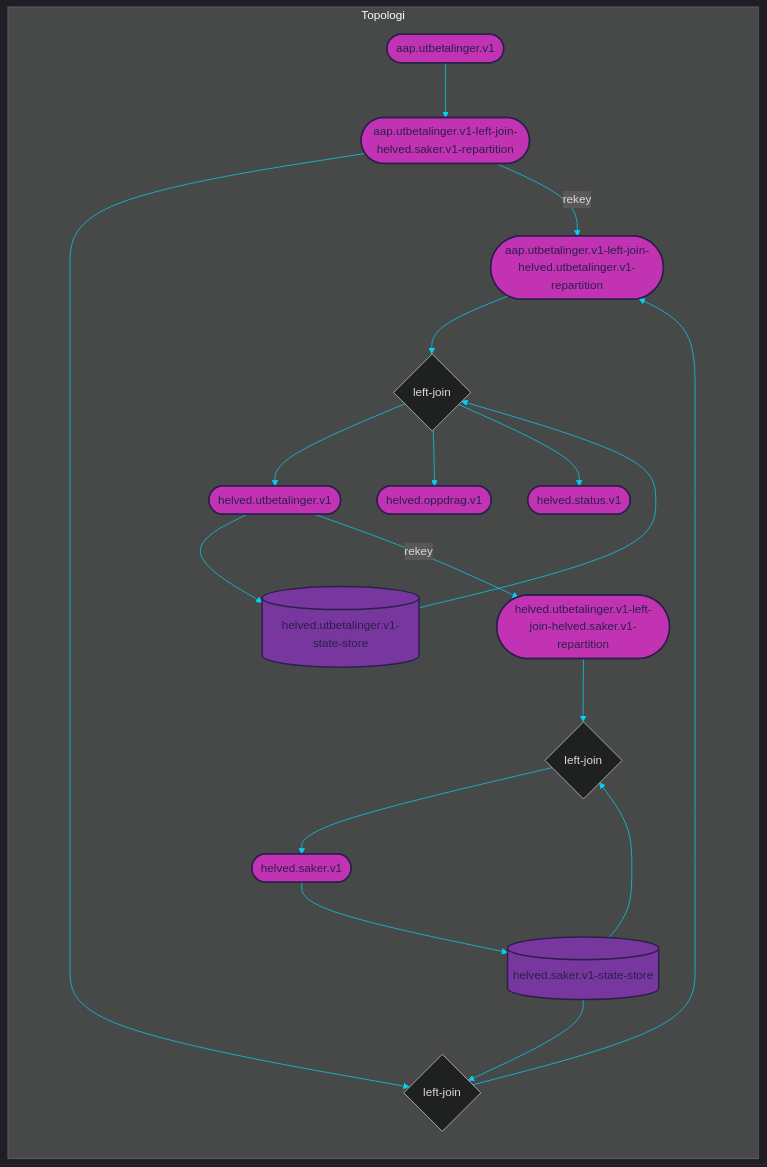
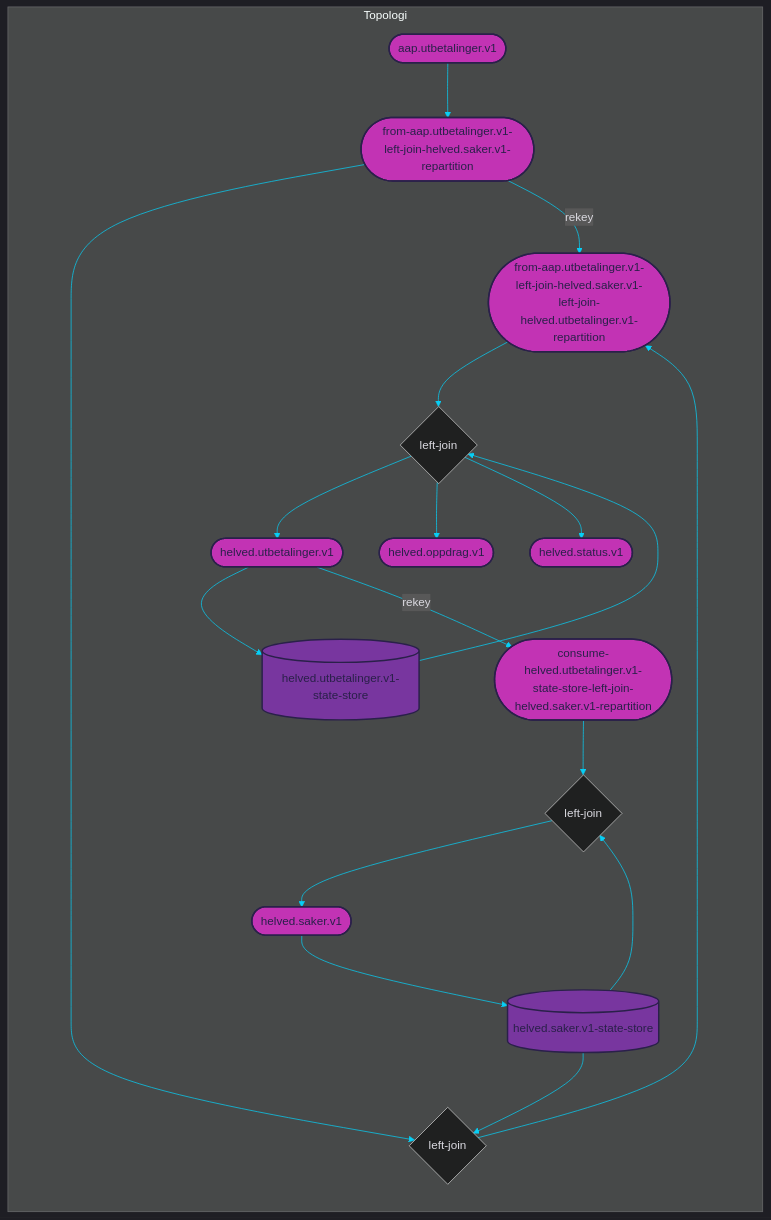
One commit to navikt/helved-utbetaling changed the diagram in dokumentasjon/topology.mmd. Above: the diagram before and after it, drawn with Mermaid. The commit also changed 6 other files, not shown here.

```diff
--- a/dokumentasjon/topology.mmd
+++ b/dokumentasjon/topology.mmd
@@ -1,87 +1,87 @@
 
 %%{init: {'theme': 'dark', 'themeVariables': { 'primaryColor': '#07cff6', 'textColor': '#dad9e0', 'lineColor': '#07cff6'}}}%%
 
 graph LR
 
 subgraph Topologi
     %% TOPICS
-    aap.utbetalinger.v1-left-join-helved.utbetalinger.v1-repartition([aap.utbetalinger.v1-left-join-helved.utbetalinger.v1-repartition])
+    from-aap.utbetalinger.v1-left-join-helved.saker.v1-left-join-helved.utbetalinger.v1-repartition([from-aap.utbetalinger.v1-left-join-helved.saker.v1-left-join-helved.utbetalinger.v1-repartition])
 	helved.utbetalinger.v1([helved.utbetalinger.v1])
-	helved.utbetalinger.v1-left-join-helved.saker.v1-repartition([helved.utbetalinger.v1-left-join-helved.saker.v1-repartition])
+	consume-helved.utbetalinger.v1-state-store-left-join-helved.saker.v1-repartition([consume-helved.utbetalinger.v1-state-store-left-join-helved.saker.v1-repartition])
 	helved.oppdrag.v1([helved.oppdrag.v1])
 	helved.status.v1([helved.status.v1])
-	aap.utbetalinger.v1-left-join-helved.saker.v1-repartition([aap.utbetalinger.v1-left-join-helved.saker.v1-repartition])
+	from-aap.utbetalinger.v1-left-join-helved.saker.v1-repartition([from-aap.utbetalinger.v1-left-join-helved.saker.v1-repartition])
 	helved.saker.v1([helved.saker.v1])
 	aap.utbetalinger.v1([aap.utbetalinger.v1])
 
     %% JOINS
-    aap.utbetalinger.v1-left-join-helved.utbetalinger.v1{left-join}
-	aap.utbetalinger.v1-left-join-helved.saker.v1{left-join}
-	helved.utbetalinger.v1-left-join-helved.saker.v1{left-join}
+    from-aap.utbetalinger.v1-left-join-helved.saker.v1-left-join-helved.utbetalinger.v1{left-join}
+	from-aap.utbetalinger.v1-left-join-helved.saker.v1{left-join}
+	consume-helved.utbetalinger.v1-state-store-left-join-helved.saker.v1{left-join}
 
     %% STATE PROCESSORS
     
     
     %% STATE STORES
     helved.utbetalinger.v1-state-store[(helved.utbetalinger.v1-state-store)]
 	helved.saker.v1-state-store[(helved.saker.v1-state-store)]
     
     %% DATABASES
     
     
 
     %% PROCESSOR API JOBS
     
     
     %% JOIN STREAMS
-    aap.utbetalinger.v1-left-join-helved.utbetalinger.v1-repartition --> aap.utbetalinger.v1-left-join-helved.utbetalinger.v1
-	helved.utbetalinger.v1-state-store --> aap.utbetalinger.v1-left-join-helved.utbetalinger.v1
-	aap.utbetalinger.v1-left-join-helved.utbetalinger.v1 --> helved.utbetalinger.v1
-	aap.utbetalinger.v1-left-join-helved.utbetalinger.v1 --> helved.oppdrag.v1
-	aap.utbetalinger.v1-left-join-helved.utbetalinger.v1 --> helved.status.v1
-	aap.utbetalinger.v1-left-join-helved.saker.v1-repartition --> aap.utbetalinger.v1-left-join-helved.saker.v1
-	helved.saker.v1-state-store --> aap.utbetalinger.v1-left-join-helved.saker.v1
-	aap.utbetalinger.v1-left-join-helved.saker.v1 --> aap.utbetalinger.v1-left-join-helved.utbetalinger.v1-repartition
-	helved.utbetalinger.v1-left-join-helved.saker.v1-repartition --> helved.utbetalinger.v1-left-join-helved.saker.v1
-	helved.saker.v1-state-store --> helved.utbetalinger.v1-left-join-helved.saker.v1
-	helved.utbetalinger.v1-left-join-helved.saker.v1 --> helved.saker.v1
+    from-aap.utbetalinger.v1-left-join-helved.saker.v1-left-join-helved.utbetalinger.v1-repartition --> from-aap.utbetalinger.v1-left-join-helved.saker.v1-left-join-helved.utbetalinger.v1
+	helved.utbetalinger.v1-state-store --> from-aap.utbetalinger.v1-left-join-helved.saker.v1-left-join-helved.utbetalinger.v1
+	from-aap.utbetalinger.v1-left-join-helved.saker.v1-left-join-helved.utbetalinger.v1 --> helved.utbetalinger.v1
+	from-aap.utbetalinger.v1-left-join-helved.saker.v1-left-join-helved.utbetalinger.v1 --> helved.oppdrag.v1
+	from-aap.utbetalinger.v1-left-join-helved.saker.v1-left-join-helved.utbetalinger.v1 --> helved.status.v1
+	from-aap.utbetalinger.v1-left-join-helved.saker.v1-repartition --> from-aap.utbetalinger.v1-left-join-helved.saker.v1
+	helved.saker.v1-state-store --> from-aap.utbetalinger.v1-left-join-helved.saker.v1
+	from-aap.utbetalinger.v1-left-join-helved.saker.v1 --> from-aap.utbetalinger.v1-left-join-helved.saker.v1-left-join-helved.utbetalinger.v1-repartition
+	consume-helved.utbetalinger.v1-state-store-left-join-helved.saker.v1-repartition --> consume-helved.utbetalinger.v1-state-store-left-join-helved.saker.v1
+	helved.saker.v1-state-store --> consume-helved.utbetalinger.v1-state-store-left-join-helved.saker.v1
+	consume-helved.utbetalinger.v1-state-store-left-join-helved.saker.v1 --> helved.saker.v1
 
     %% TABLE STREAMS
     helved.utbetalinger.v1 --> helved.utbetalinger.v1-state-store
 	helved.saker.v1 --> helved.saker.v1-state-store
 
     %% JOB STREAMS
     
     
     %% BRANCH STREAMS
     
 
     %% REPARTITION STREAMS
-    helved.utbetalinger.v1 --> |rekey| helved.utbetalinger.v1-left-join-helved.saker.v1-repartition
-	aap.utbetalinger.v1-left-join-helved.saker.v1-repartition --> |rekey| aap.utbetalinger.v1-left-join-helved.utbetalinger.v1-repartition
+    helved.utbetalinger.v1 --> |rekey| consume-helved.utbetalinger.v1-state-store-left-join-helved.saker.v1-repartition
+	from-aap.utbetalinger.v1-left-join-helved.saker.v1-repartition --> |rekey| from-aap.utbetalinger.v1-left-join-helved.saker.v1-left-join-helved.utbetalinger.v1-repartition
     
     %% BASIC STREAMS
-    aap.utbetalinger.v1 --> aap.utbetalinger.v1-left-join-helved.saker.v1-repartition
+    aap.utbetalinger.v1 --> from-aap.utbetalinger.v1-left-join-helved.saker.v1-repartition
     
     %% CUSTOM PROCESS STREAMS
     
 end
 
 %% COLORS
 %% light    #dad9e0
 %% purple   #78369f
 %% pink     #c233b4
 %% dark     #2a204a
 %% blue     #07cff6
 
 %% STYLES
-style aap.utbetalinger.v1-left-join-helved.utbetalinger.v1-repartition fill:#c233b4, stroke:#2a204a, stroke-width:2px, color:#2a204a
+style from-aap.utbetalinger.v1-left-join-helved.saker.v1-left-join-helved.utbetalinger.v1-repartition fill:#c233b4, stroke:#2a204a, stroke-width:2px, color:#2a204a
 style helved.utbetalinger.v1 fill:#c233b4, stroke:#2a204a, stroke-width:2px, color:#2a204a
-style helved.utbetalinger.v1-left-join-helved.saker.v1-repartition fill:#c233b4, stroke:#2a204a, stroke-width:2px, color:#2a204a
+style consume-helved.utbetalinger.v1-state-store-left-join-helved.saker.v1-repartition fill:#c233b4, stroke:#2a204a, stroke-width:2px, color:#2a204a
 style helved.oppdrag.v1 fill:#c233b4, stroke:#2a204a, stroke-width:2px, color:#2a204a
 style helved.status.v1 fill:#c233b4, stroke:#2a204a, stroke-width:2px, color:#2a204a
-style aap.utbetalinger.v1-left-join-helved.saker.v1-repartition fill:#c233b4, stroke:#2a204a, stroke-width:2px, color:#2a204a
+style from-aap.utbetalinger.v1-left-join-helved.saker.v1-repartition fill:#c233b4, stroke:#2a204a, stroke-width:2px, color:#2a204a
 style helved.saker.v1 fill:#c233b4, stroke:#2a204a, stroke-width:2px, color:#2a204a
 style aap.utbetalinger.v1 fill:#c233b4, stroke:#2a204a, stroke-width:2px, color:#2a204a
 style helved.utbetalinger.v1-state-store fill:#78369f, stroke:#2a204a, stroke-width:2px, color:#2a204a
 style helved.saker.v1-state-store fill:#78369f, stroke:#2a204a, stroke-width:2px, color:#2a204a
```
